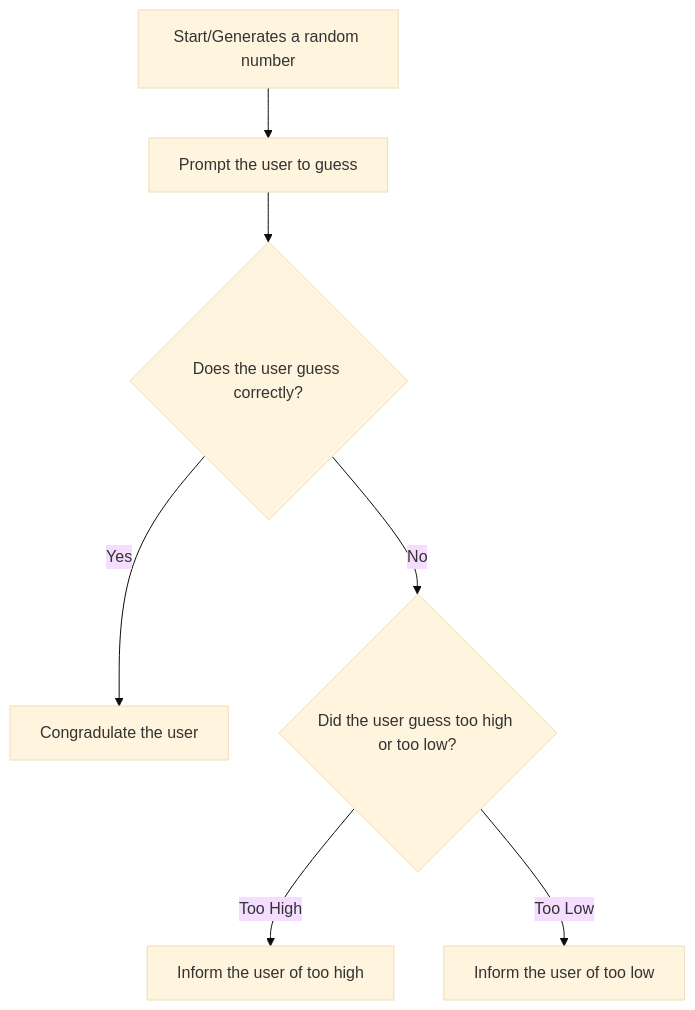
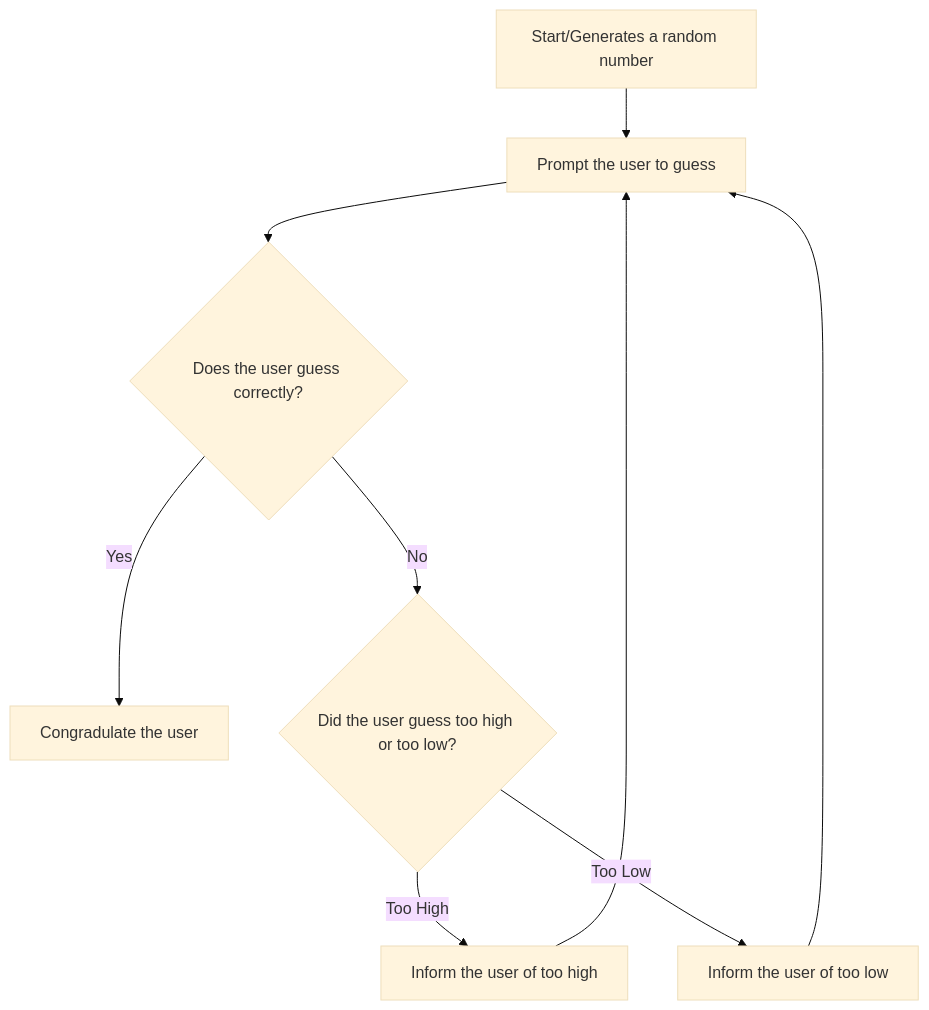
One commit to impena/impena.github.io changed the diagram in Guessing.MD. Above: the diagram before and after it, drawn with Mermaid (base theme).

Commit message:
Update Guessing.MD redirect to z

````diff
--- a/Guessing.MD
+++ b/Guessing.MD
@@ -2,8 +2,8 @@
 ```mermaid
 flowchart TD
 A[Start/Generates a random number] --> Z[Prompt the user to guess] --> B{Does the user guess correctly?};
 B -- Yes --> C[Congradulate the user];
 B -- No --> D{Did the user guess too high or too low?};
-D -- Too High --> E[Inform the user of too high];
-D -- Too Low --> F[Inform the user of too low];
+D -- Too High --> E[Inform the user of too high] --> Z[Prompt the user to guess];
+D -- Too Low --> F[Inform the user of too low] --> Z[Prompt the user to guess];
 ```
````
